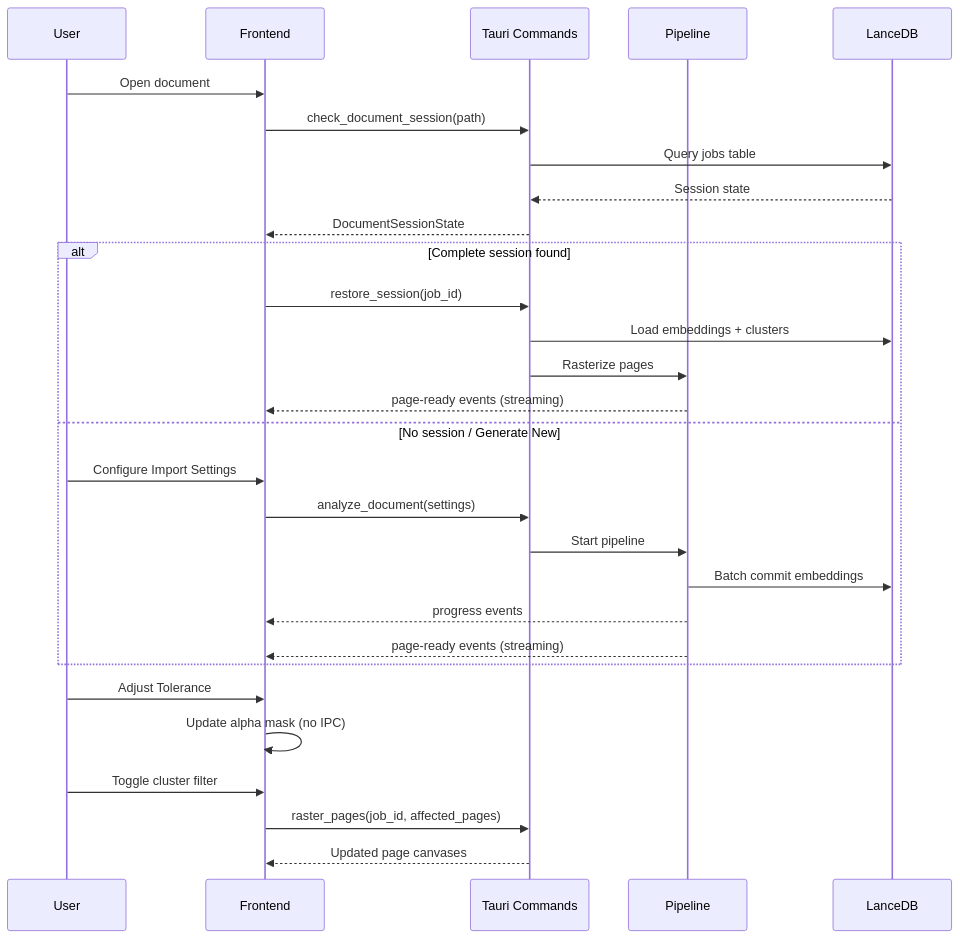
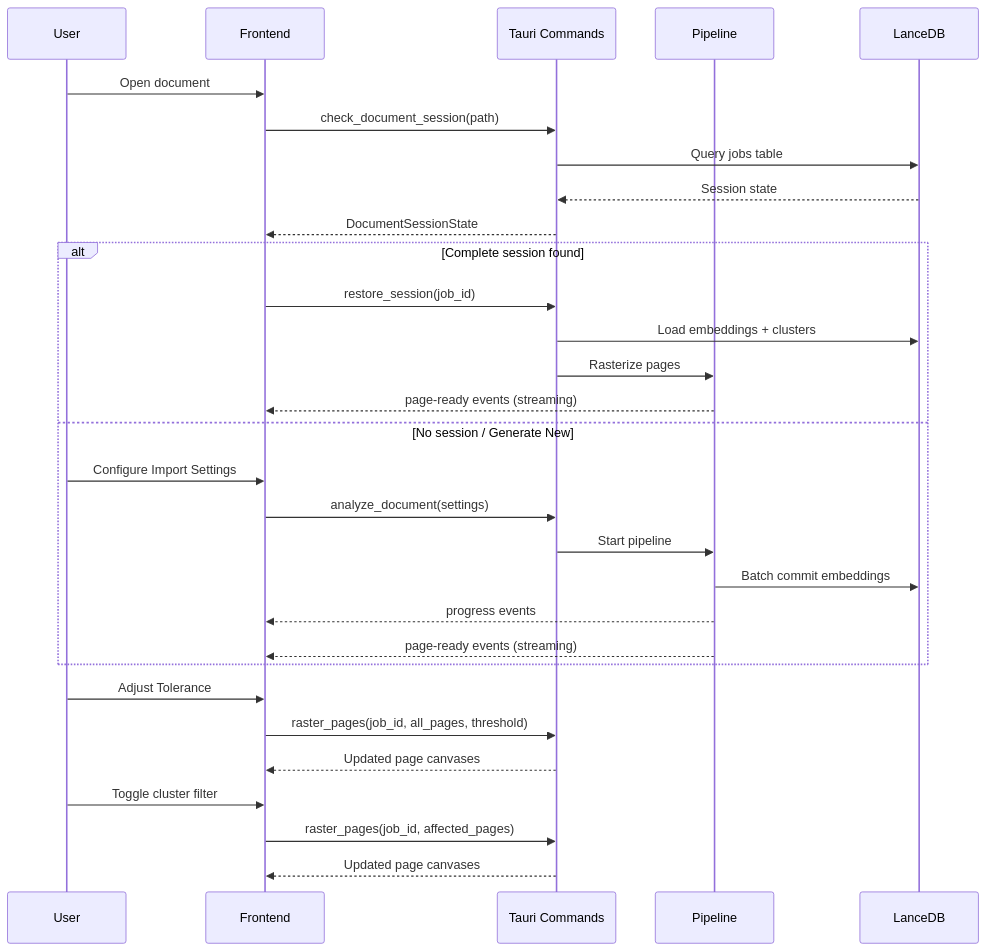
The third of 4 diagrams in .kiro/specs/similarity-map/design.md (okita-io/similarity-map), drawn with Mermaid before and after one commit. The commit also changed other lines of this file and 8 other files, not shown here.

Commit message:
Align documentation with the reusable core architecture and verified limitations.

````diff
--- a/.kiro/specs/similarity-map/design.md
+++ b/.kiro/specs/similarity-map/design.md
@@ -91,35 +83,36 @@
 ```mermaid
 sequenceDiagram
     participant U as User
     participant FE as Frontend
     participant TC as Tauri Commands
     participant P as Pipeline
     participant DB as LanceDB
 
     U->>FE: Open document
     FE->>TC: check_document_session(path)
     TC->>DB: Query jobs table
     DB-->>TC: Session state
     TC-->>FE: DocumentSessionState
 
     alt Complete session found
         FE->>TC: restore_session(job_id)
         TC->>DB: Load embeddings + clusters
         TC->>P: Rasterize pages
         P-->>FE: page-ready events (streaming)
     else No session / Generate New
         U->>FE: Configure Import Settings
         FE->>TC: analyze_document(settings)
         TC->>P: Start pipeline
         P->>DB: Batch commit embeddings
         P-->>FE: progress events
         P-->>FE: page-ready events (streaming)
     end
 
     U->>FE: Adjust Tolerance
-    FE->>FE: Update alpha mask (no IPC)
+    FE->>TC: raster_pages(job_id, all_pages, threshold)
+    TC-->>FE: Updated page canvases
 
     U->>FE: Toggle cluster filter
     FE->>TC: raster_pages(job_id, affected_pages)
     TC-->>FE: Updated page canvases
 ```
````
